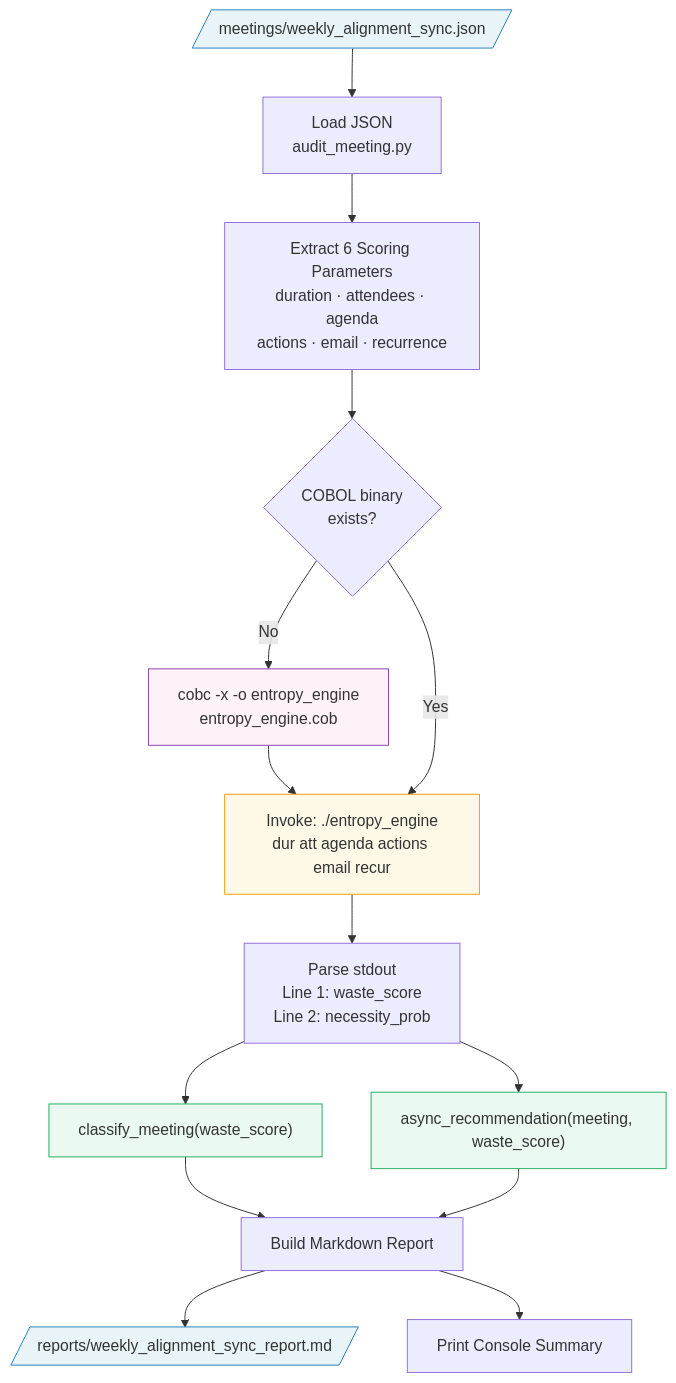
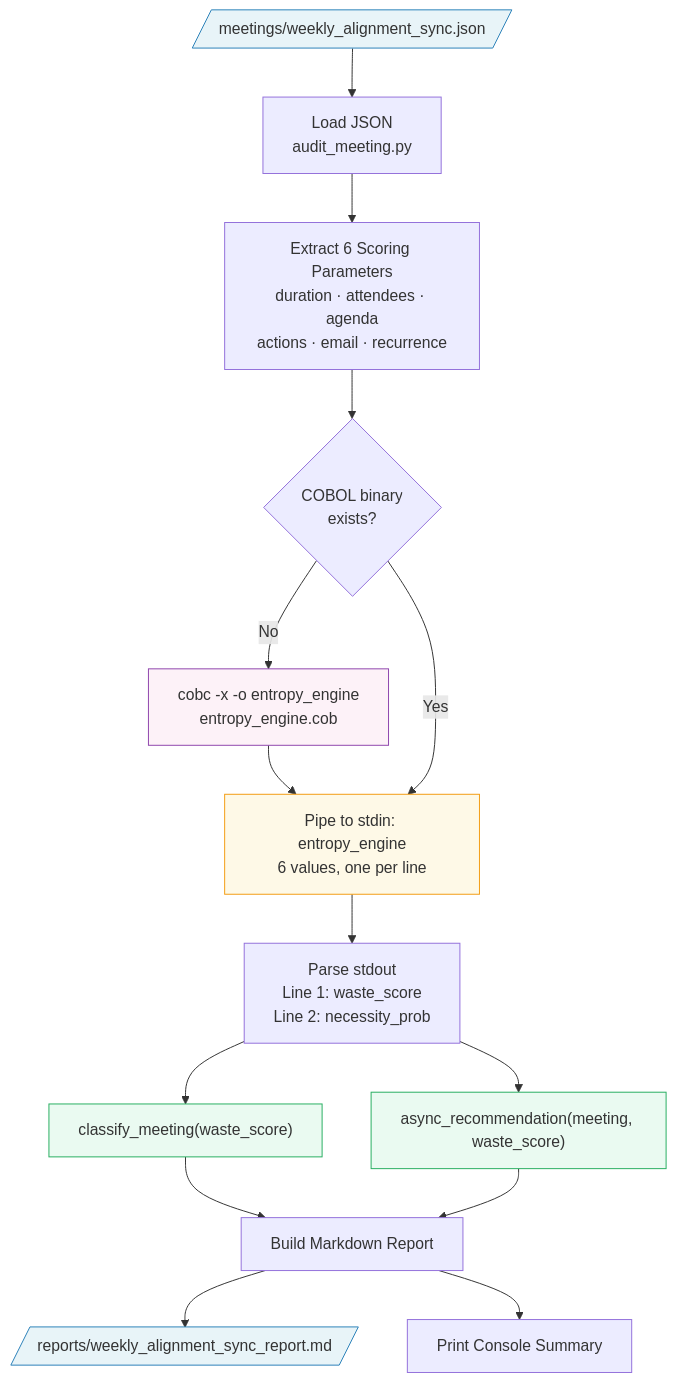
One commit to kenwalger/SilentSpace changed the second of 6 diagrams in ARCHITECTURE.md. Above: the diagram before and after it, drawn with Mermaid. The commit also changed other lines of this file and 6 other files, not shown here.

````diff
--- a/ARCHITECTURE.md
+++ b/ARCHITECTURE.md
@@ -40,29 +48,29 @@
 ```mermaid
 flowchart TD
     A[/"meetings/weekly_alignment_sync.json"/]:::file --> B["Load JSON\naudit_meeting.py"]
 
     B --> C["Extract 6 Scoring Parameters\nduration · attendees · agenda\nactions · email · recurrence"]
 
     C --> D{"COBOL binary\nexists?"}
 
     D -- No --> E["cobc -x -o entropy_engine\nentropy_engine.cob"]:::compile
     E --> F
 
-    D -- Yes --> F["Invoke: ./entropy_engine\ndur att agenda actions email recur"]:::cobol
+    D -- Yes --> F["Pipe to stdin: entropy_engine\n6 values, one per line"]:::cobol
 
     F --> G["Parse stdout\nLine 1: waste_score\nLine 2: necessity_prob"]
 
     G --> H["classify_meeting(waste_score)"]:::py
     G --> I["async_recommendation(meeting, waste_score)"]:::py
 
     H --> J["Build Markdown Report"]
     I --> J
 
     J --> K[/"reports/weekly_alignment_sync_report.md"/]:::file
     J --> L["Print Console Summary"]
 
     classDef file fill:#e8f4f8,stroke:#2980b9
     classDef cobol fill:#fef9e7,stroke:#f39c12
     classDef compile fill:#fdf2f8,stroke:#8e44ad
     classDef py fill:#eafaf1,stroke:#27ae60
 ```
````
